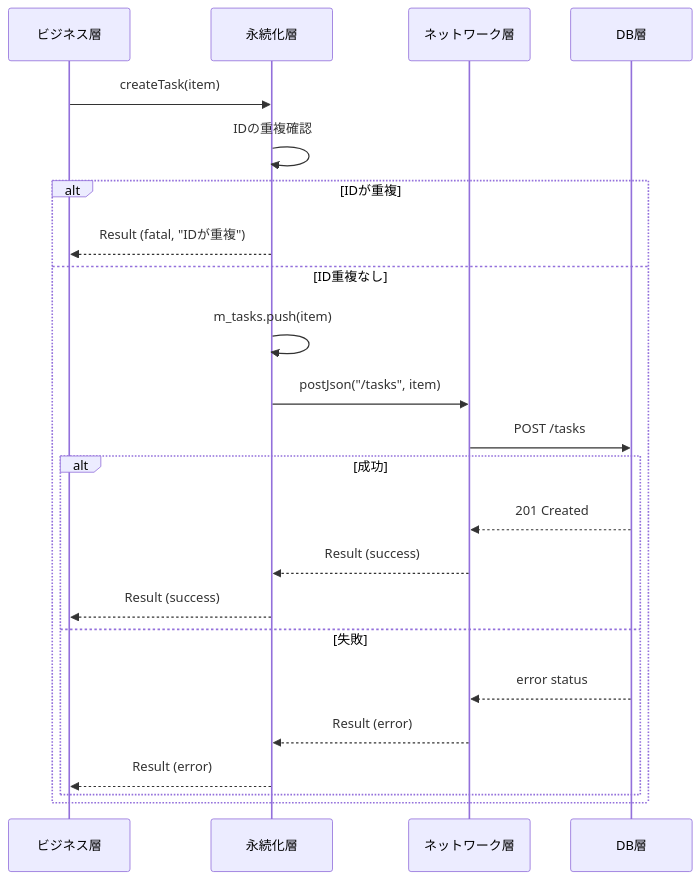
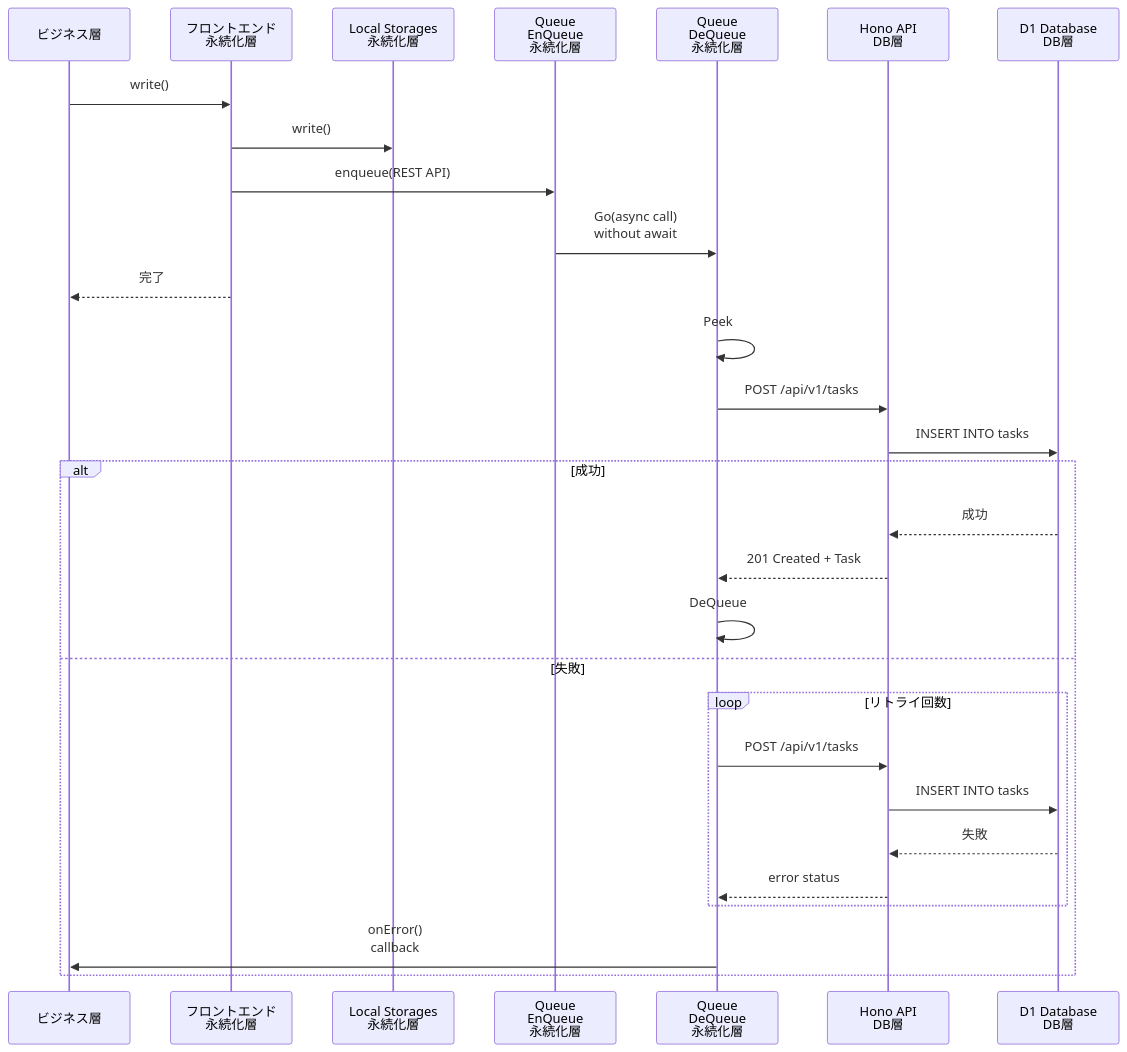
Before and after one commit to osawa-naotaka/vanishtodo: the third of 3 diagrams in doc/06_02_PERSISTENT_SPEC.md, drawn with Mermaid. The commit also changed other lines of this file, not shown here.

````diff
--- a/doc/06_02_PERSISTENT_SPEC.md
+++ b/doc/06_02_PERSISTENT_SPEC.md
@@ -121,28 +172,34 @@
 ```mermaid
 sequenceDiagram
     participant Business as ビジネス層
-    participant Persistent as 永続化層
-    participant Network as ネットワーク層
-    participant DB as DB層
+    participant Front as フロントエンド<br>永続化層
+    participant Local as Local Storages<br>永続化層
+    participant EnQueue as Queue<br>EnQueue<br>永続化層
+    participant DeQueue as Queue<br>DeQueue<br>永続化層
+    participant API as Hono API<br>DB層
+    participant DB as D1 Database<br>DB層
+    
+    Business->>Front: write()
+    Front->>Local: write()
+    Front->>EnQueue: enqueue(REST API)
+    EnQueue->>DeQueue: Go(async call)<br>without await
+    Front-->>Business: 完了
+    
+    DeQueue->>DeQueue: Peek
+    DeQueue->>API: POST /api/v1/tasks
+    API->>DB: INSERT INTO tasks
 
-    Business->>Persistent: createTask(item)
-    Persistent->>Persistent: IDの重複確認
-
-    alt IDが重複
-        Persistent-->>Business: Result (fatal, "IDが重複")
-    else ID重複なし
-        Persistent->>Persistent: m_tasks.push(item)
-        Persistent->>Network: postJson("/tasks", item)
-        Network->>DB: POST /tasks
-
-        alt 成功
-            DB-->>Network: 201 Created
-            Network-->>Persistent: Result (success)
-            Persistent-->>Business: Result (success)
-        else 失敗
-            DB-->>Network: error status
-            Network-->>Persistent: Result (error)
-            Persistent-->>Business: Result (error)
+    alt 成功
+        DB-->>API: 成功
+        API-->>DeQueue: 201 Created + Task
+        DeQueue->>DeQueue: DeQueue
+    else 失敗
+        loop リトライ回数
+            DeQueue->>API: POST /api/v1/tasks
+            API->>DB: INSERT INTO tasks
+            DB-->>API: 失敗
+            API-->>DeQueue: error status
         end
+        DeQueue->>Business: onError()<br>callback
     end
 ```
````
